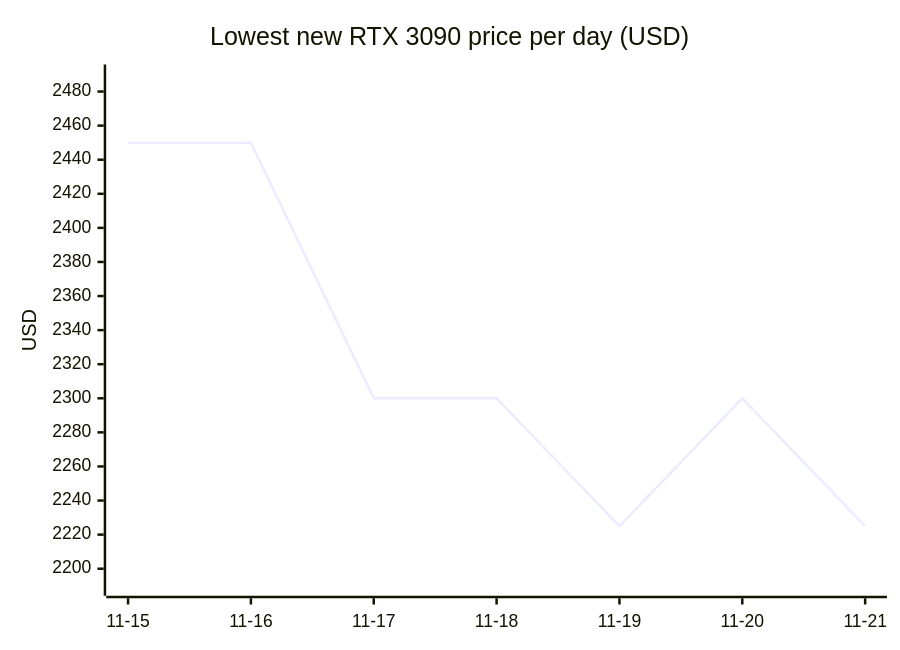
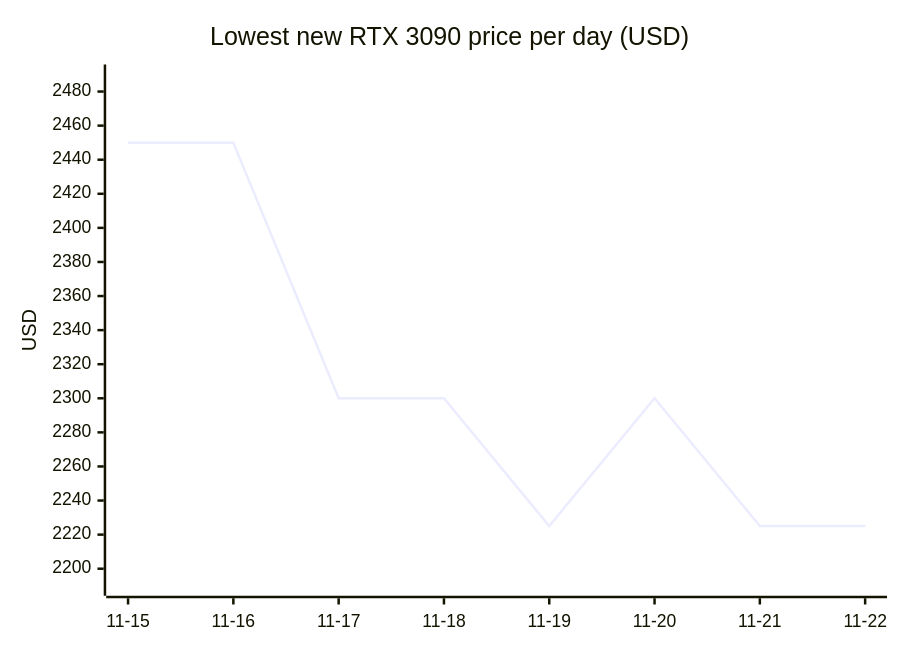
The ninth of 18 diagrams in README.md (7324136828/4tb_ssd_price_watch), drawn with Mermaid before and after one commit. The commit also changed other lines of this file, not shown here.

````diff
--- a/README.md
+++ b/README.md
@@ -821,7 +851,7 @@
 ```mermaid
 xychart-beta
     title "Lowest new RTX 3090 price per day (USD)"
-    x-axis ["11-15", "11-16", "11-17", "11-18", "11-19", "11-20", "11-21"]
+    x-axis ["11-15", "11-16", "11-17", "11-18", "11-19", "11-20", "11-21", "11-22"]
     y-axis "USD" 2190 --> 2490
-    line [2450.00, 2450.00, 2300.00, 2300.00, 2225.00, 2300.00, 2225.00]
+    line [2450.00, 2450.00, 2300.00, 2300.00, 2225.00, 2300.00, 2225.00, 2225.00]
 ```
````
